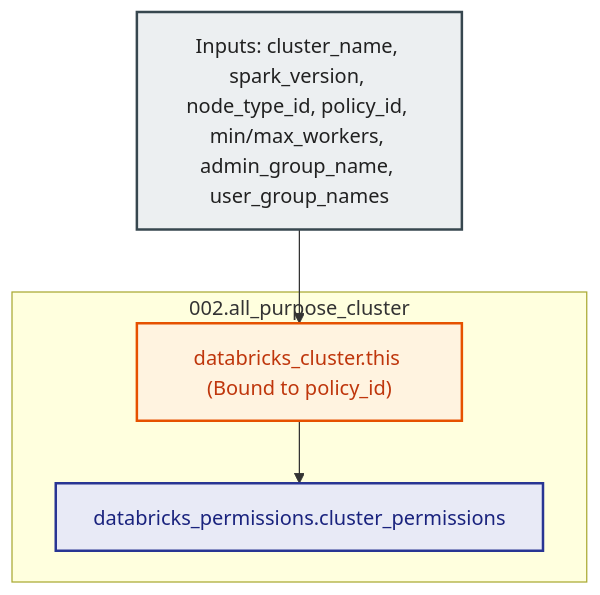
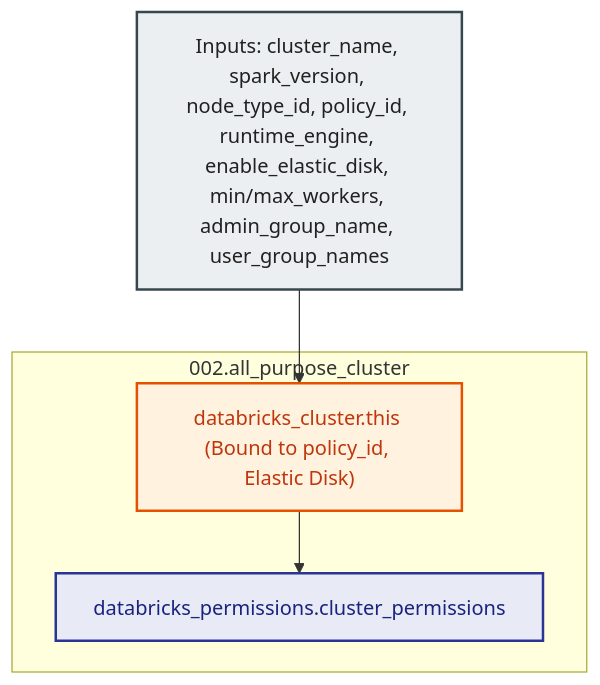
One commit to MikolajSedek/databricks_aws_deployment_03_workspaces_and_compute changed the diagram in modules/05.compute/002.all_purpose_cluster/README.md. Above: the diagram before and after it, drawn with Mermaid. The commit also changed other lines of this file and 23 other files, not shown here.

````diff
--- a/modules/05.compute/002.all_purpose_cluster/README.md
+++ b/modules/05.compute/002.all_purpose_cluster/README.md
@@ -52,17 +55,17 @@
 ```mermaid
 flowchart TD
     classDef input fill:#ECEFF1,stroke:#37474F,stroke-width:2px,color:#212121;
     classDef compute fill:#FFF3E0,stroke:#E65100,stroke-width:2px,color:#BF360C;
     classDef acl fill:#E8EAF6,stroke:#283593,stroke-width:2px,color:#1A237E;
 
-    Inputs["Inputs: cluster_name, spark_version, node_type_id, policy_id, min/max_workers, admin_group_name, user_group_names"]:::input
+    Inputs["Inputs: cluster_name, spark_version, node_type_id, policy_id, runtime_engine, enable_elastic_disk, min/max_workers, admin_group_name, user_group_names"]:::input
 
     subgraph ClusterModule ["002.all_purpose_cluster"]
-        Cluster["databricks_cluster.this (Bound to policy_id)"]:::compute
+        Cluster["databricks_cluster.this (Bound to policy_id, Elastic Disk)"]:::compute
         ACL["databricks_permissions.cluster_permissions"]:::acl
 
         Cluster --> ACL
     end
 
     Inputs --> Cluster
 ```
````
